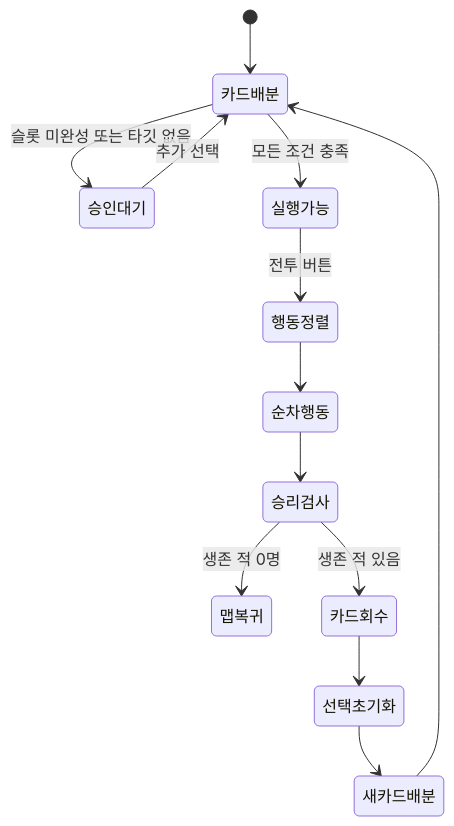
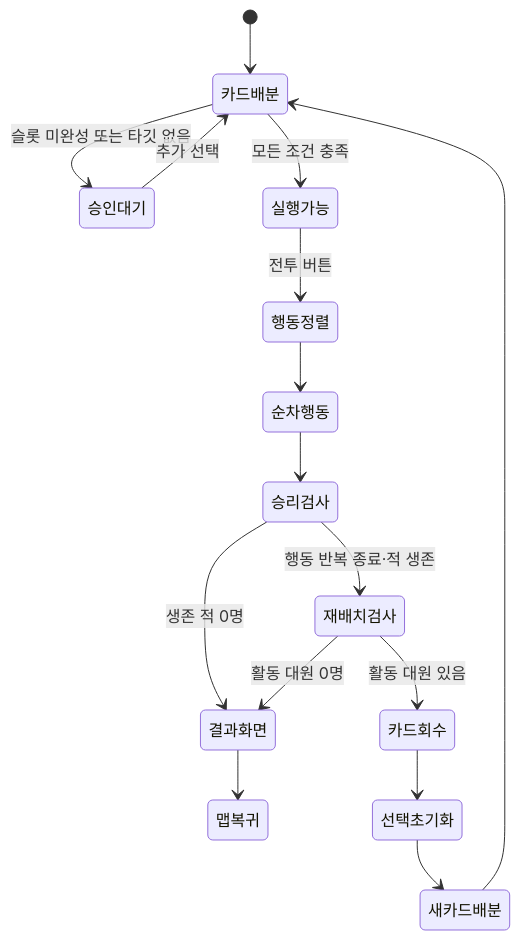
Before and after one commit to icrf-hot/Randint_Strategy_Record: the diagram in wiki/00 프로젝트/구현 현황.md, drawn with Mermaid. The commit also changed other lines of this file and 51 other files, not shown here.

````diff
--- a/wiki/00 프로젝트/구현 현황.md
+++ b/wiki/00 프로젝트/구현 현황.md
@@ -58,15 +79,18 @@
 ```mermaid
 stateDiagram-v2
     [*] --> 카드배분
     카드배분 --> 승인대기: 슬롯 미완성 또는 타깃 없음
     승인대기 --> 카드배분: 추가 선택
     카드배분 --> 실행가능: 모든 조건 충족
     실행가능 --> 행동정렬: 전투 버튼
     행동정렬 --> 순차행동
     순차행동 --> 승리검사
-    승리검사 --> 맵복귀: 생존 적 0명
-    승리검사 --> 카드회수: 생존 적 있음
+    승리검사 --> 결과화면: 생존 적 0명
+    결과화면 --> 맵복귀
+    재배치검사 --> 결과화면: 활동 대원 0명
+    승리검사 --> 재배치검사: 행동 반복 종료·적 생존
+    재배치검사 --> 카드회수: 활동 대원 있음
     카드회수 --> 선택초기화
     선택초기화 --> 새카드배분
     새카드배분 --> 카드배분
 ```
````
